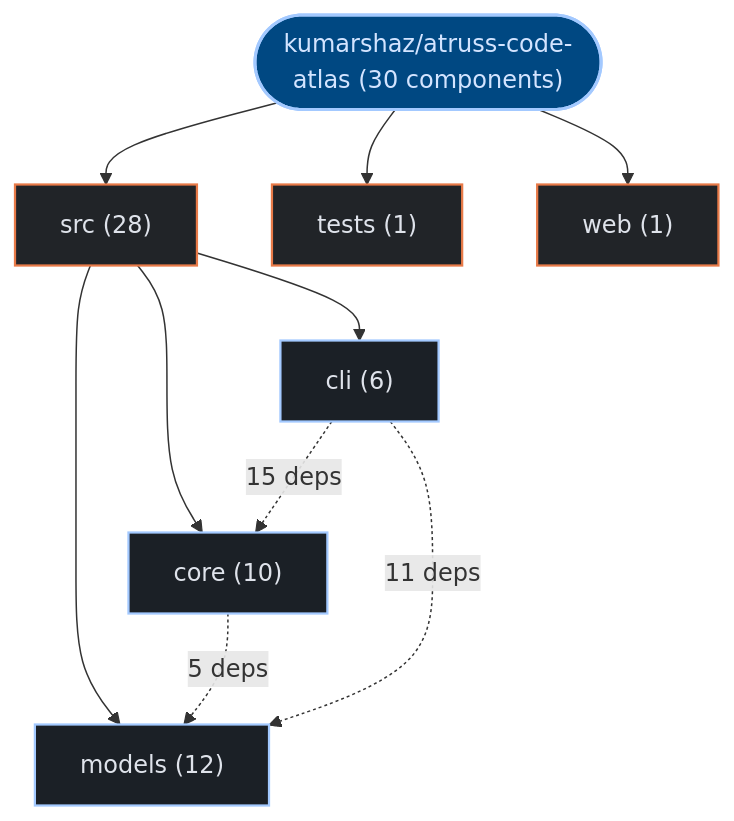
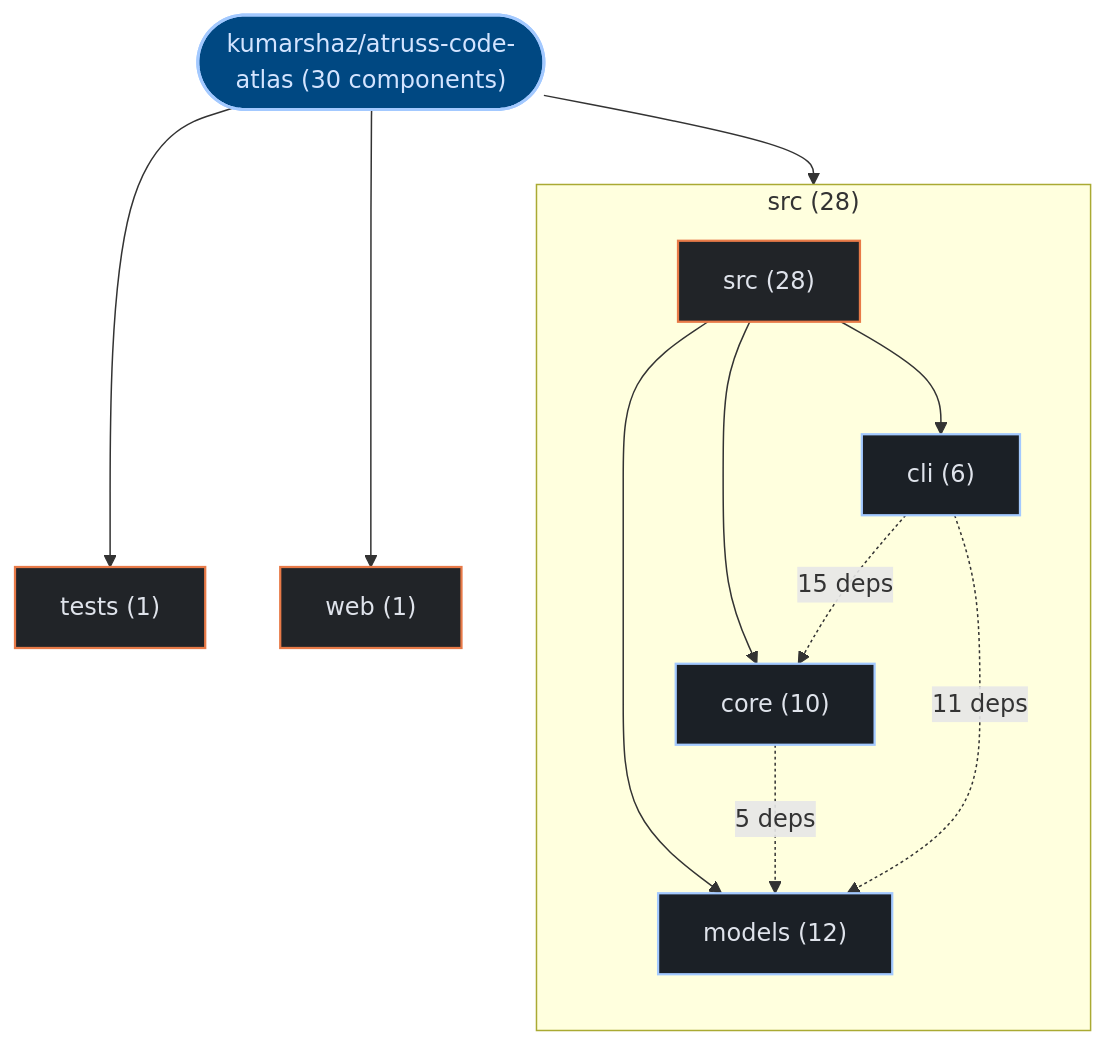
The first of 3 diagrams in exports/latest/reports/kumarshaz-atruss-code-atlas-report.md (kumarshaz/atruss-code-atlas), drawn with Mermaid before and after one commit. The commit also changed 178 other files, not shown here.

Commit message:
feat(ui,mermaid): upgrade to mermaid v12 + ELK layout, add orgs-summary + pagination, subgraph building blocks, fix tab alignment

````diff
--- a/exports/latest/reports/kumarshaz-atruss-code-atlas-report.md
+++ b/exports/latest/reports/kumarshaz-atruss-code-atlas-report.md
@@ -42,26 +42,29 @@
 ```mermaid
 graph TD;
   classDef atlasRoot fill:#004882,stroke:#a3c9ff,stroke-width:2px,color:#d3e4ff
   classDef atlasCategory fill:#212428,stroke:#E87A48,stroke-width:1.5px,color:#dfe3eb
   classDef atlasWorkflow fill:#1b2026,stroke:#a3c9ff,stroke-width:1.5px,color:#dfe3eb
   classDef atlasJob fill:#171c22,stroke:#8d9199,stroke-width:1px,color:#dfe3eb
   classDef atlasTarget fill:#005227,stroke:#8bd99b,stroke-width:1.5px,color:#a7f6b6
   classDef atlasAlert fill:#93000a,stroke:#ffb4ab,stroke-width:1.5px,color:#ffdad6
   classDef atlasMore fill:#252a31,stroke:#8d9199,stroke-dasharray:4 4,color:#c3c6cf
     repo_root(["kumarshaz/atruss-code-atlas (30 components)"]):::atlasRoot
-    dir_0_src["src (28)"]:::atlasCategory
+    subgraph sg_dir_0_src["src (28)"]
+      direction TB
+      dir_0_src["src (28)"]:::atlasCategory
+      sub_0_0_models["models (12)"]:::atlasWorkflow
+      dir_0_src --> sub_0_0_models
+      sub_0_1_core["core (10)"]:::atlasWorkflow
+      dir_0_src --> sub_0_1_core
+      sub_0_2_cli["cli (6)"]:::atlasWorkflow
+      dir_0_src --> sub_0_2_cli
+    end
     repo_root --> dir_0_src
-    sub_0_0_models["models (12)"]:::atlasWorkflow
-    dir_0_src --> sub_0_0_models
-    sub_0_1_core["core (10)"]:::atlasWorkflow
-    dir_0_src --> sub_0_1_core
-    sub_0_2_cli["cli (6)"]:::atlasWorkflow
-    dir_0_src --> sub_0_2_cli
     dir_1_tests["tests (1)"]:::atlasCategory
     repo_root --> dir_1_tests
     dir_2_web["web (1)"]:::atlasCategory
     repo_root --> dir_2_web
     sub_0_2_cli -.->|"15 deps"| sub_0_1_core
     sub_0_2_cli -.->|"11 deps"| sub_0_0_models
     sub_0_1_core -.->|"5 deps"| sub_0_0_models
 ```
````
